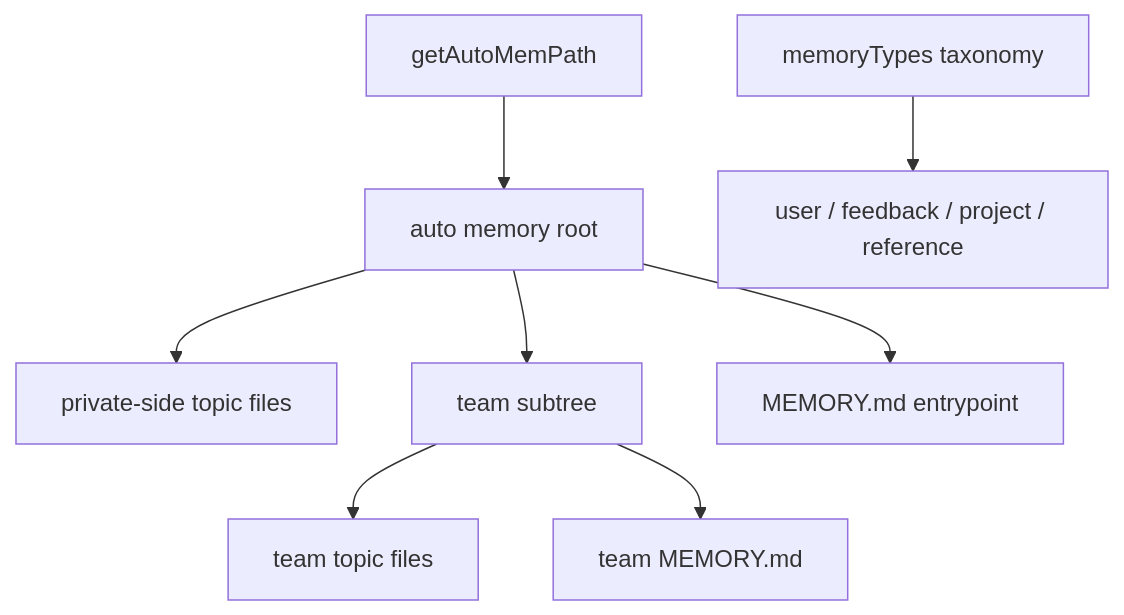
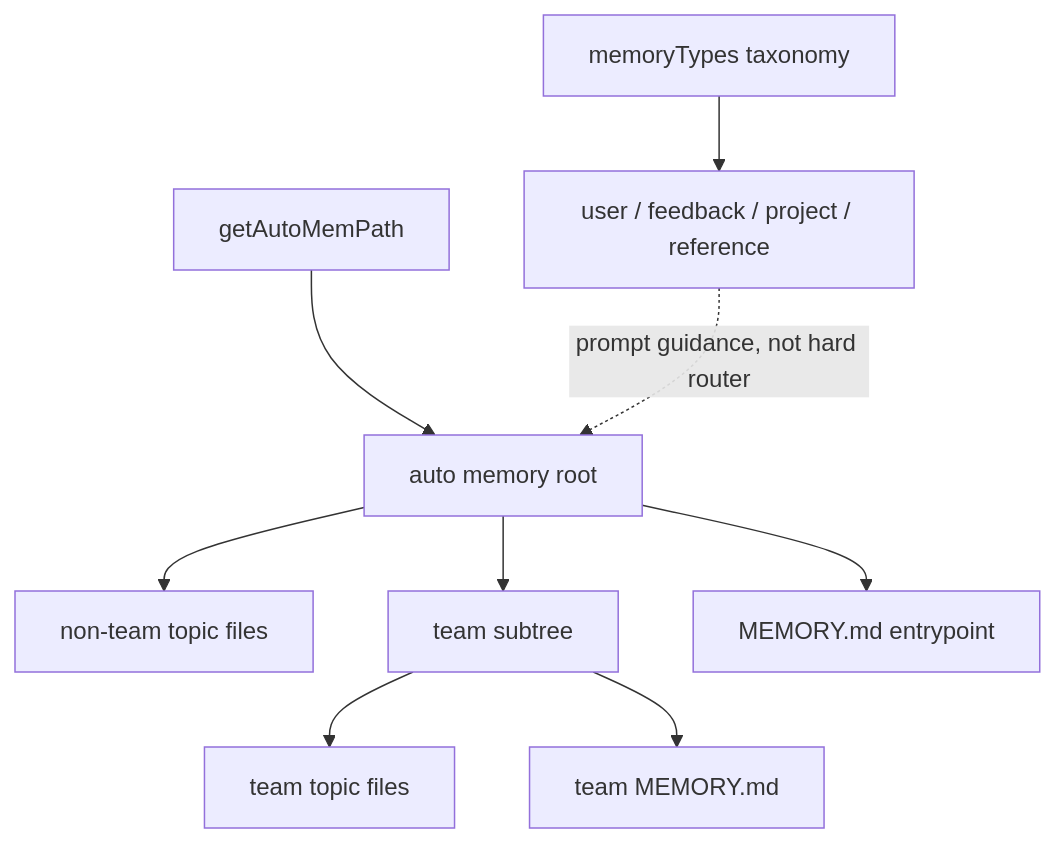
One commit to Boulea7/ClaudeCode-Source-DeepDive changed the second of 2 diagrams in MODULES/03-persistent-memory-system/DEEP/README.md. Above: the diagram before and after it, drawn with Mermaid. The commit also changed other lines of this file and 13 other files, not shown here.

Commit message:
docs: polish architecture and remaining source-backed wording

````diff
--- a/MODULES/03-persistent-memory-system/DEEP/README.md
+++ b/MODULES/03-persistent-memory-system/DEEP/README.md
@@ -256,10 +259,11 @@
 ```mermaid
 flowchart TD
     A[getAutoMemPath] --> B[auto memory root]
-    B --> C[private-side topic files]
+    B --> C[non-team topic files]
     B --> D[team subtree]
     B --> E[MEMORY.md entrypoint]
     D --> F[team topic files]
     D --> G[team MEMORY.md]
     H[memoryTypes taxonomy] --> I[user / feedback / project / reference]
+    I -. prompt guidance, not hard router .-> B
 ```
````
